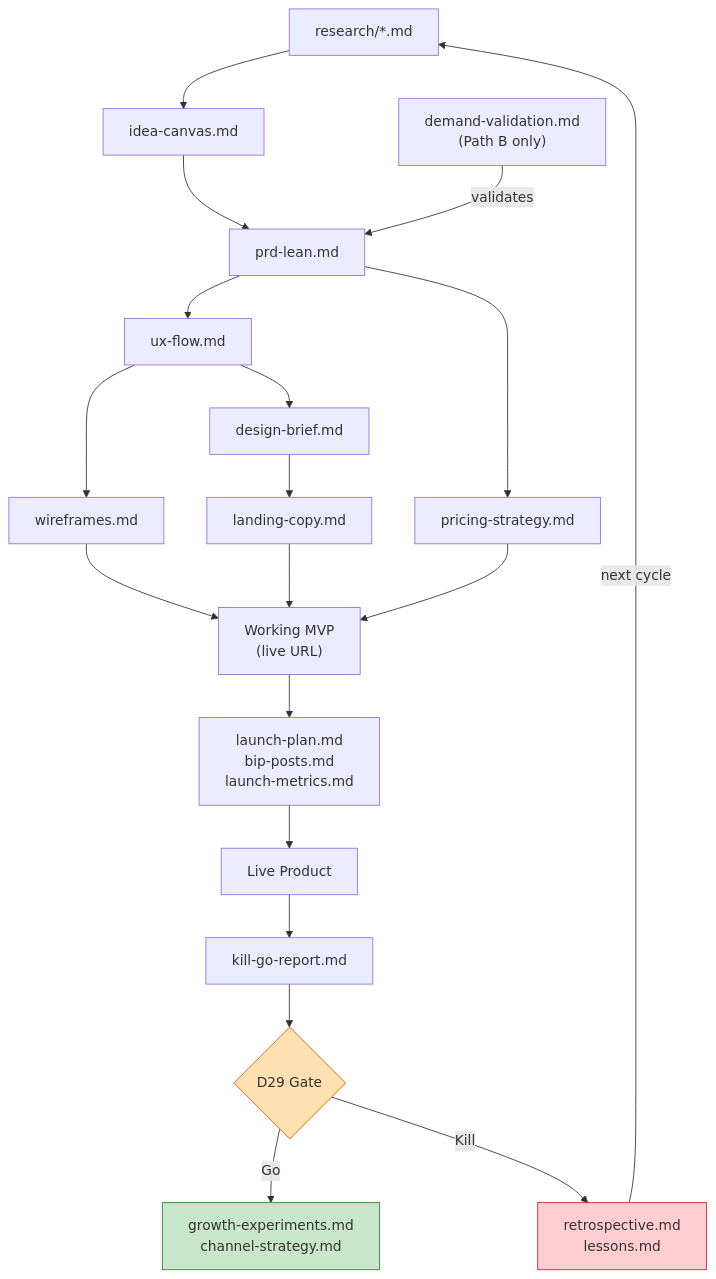
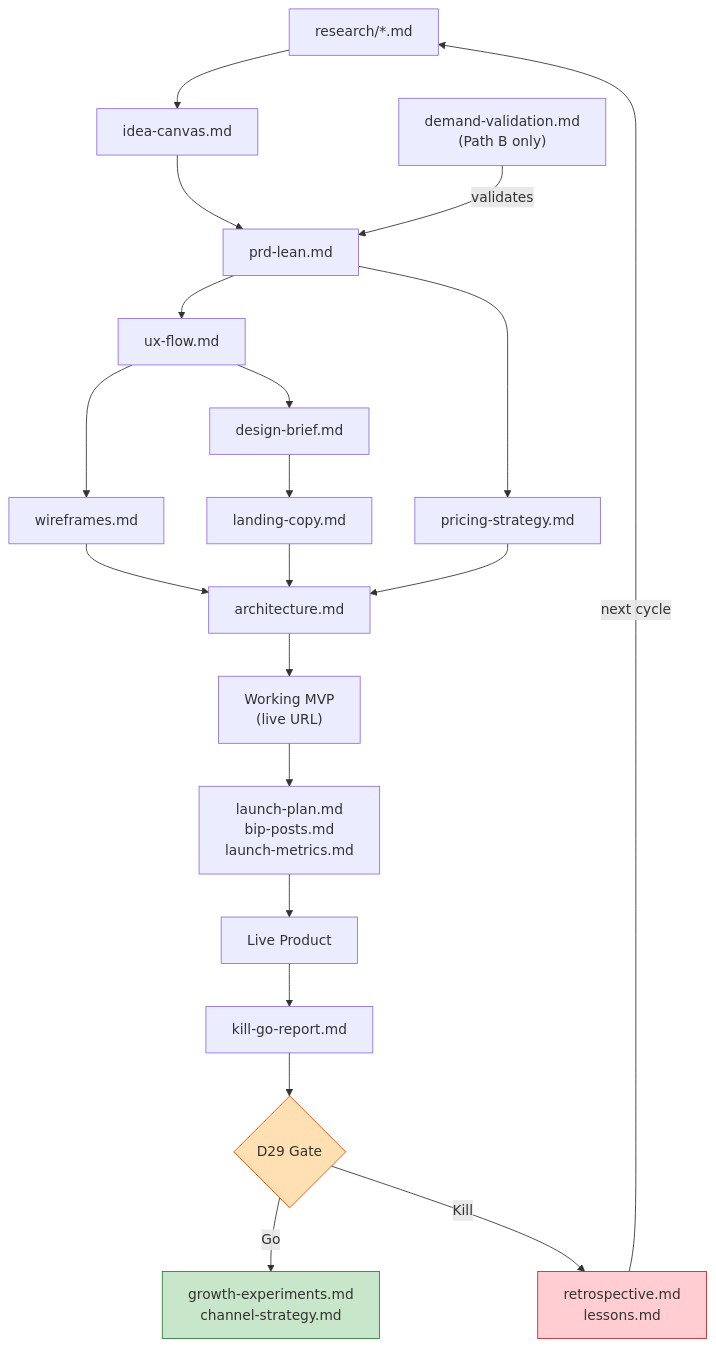
Before and after one commit to JayKim88/indie-maker: the third of 5 diagrams in README.md, drawn with Mermaid. The commit also changed other lines of this file and 2 other files, not shown here.

````diff
--- a/README.md
+++ b/README.md
@@ -71,40 +71,42 @@
 ```mermaid
 flowchart TD
     R["research/*.md"]
     DV["demand-validation.md<br/>(Path B only)"]
     IC["idea-canvas.md"]
     PL["prd-lean.md"]
     UX["ux-flow.md"]
     WF["wireframes.md"]
     DB["design-brief.md"]
     LC["landing-copy.md"]
     PS["pricing-strategy.md"]
+    AR["architecture.md"]
     MVP["Working MVP<br/>(live URL)"]
     LP["launch-plan.md<br/>bip-posts.md<br/>launch-metrics.md"]
     LIVE["Live Product"]
     KG["kill-go-report.md"]
 
     R --> IC
     IC --> PL
     DV -->|validates| PL
     PL --> UX
     UX --> WF
     UX --> DB
     DB --> LC
     PL --> PS
-    WF --> MVP
-    LC --> MVP
-    PS --> MVP
+    WF --> AR
+    LC --> AR
+    PS --> AR
+    AR --> MVP
     MVP --> LP
     LP --> LIVE
     LIVE --> KG
 
     KG --> Gate{D29 Gate}
     Gate -->|Go| GR["growth-experiments.md<br/>channel-strategy.md"]
     Gate -->|Kill| RT["retrospective.md<br/>lessons.md"]
     RT -->|next cycle| R
 
     style Gate fill:#ffe0b2,stroke:#e65100
     style GR fill:#c8e6c9,stroke:#2e7d32
     style RT fill:#ffcdd2,stroke:#c62828
 ```
````
